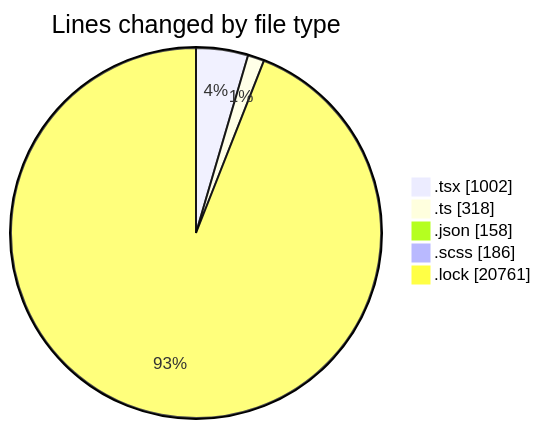
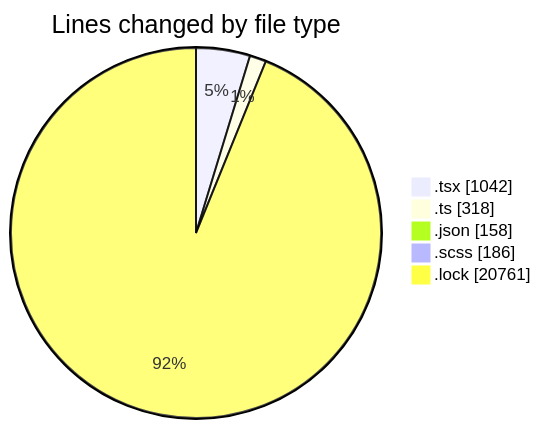
The first of 2 diagrams in 2025-04-29/cda/README.md (momahboobian/code-tracking), drawn with Mermaid before and after one commit. The commit also changed other lines of this file and 1 other file, not shown here.

````diff
--- a/2025-04-29/cda/README.md
+++ b/2025-04-29/cda/README.md
@@ -38,9 +38,9 @@
 ```mermaid
 pie showData
 title Lines changed by file type
-".tsx" : 1002
+".tsx" : 1042
 ".ts" : 318
 ".json" : 158
 ".scss" : 186
 ".lock" : 20761
 ```
````
